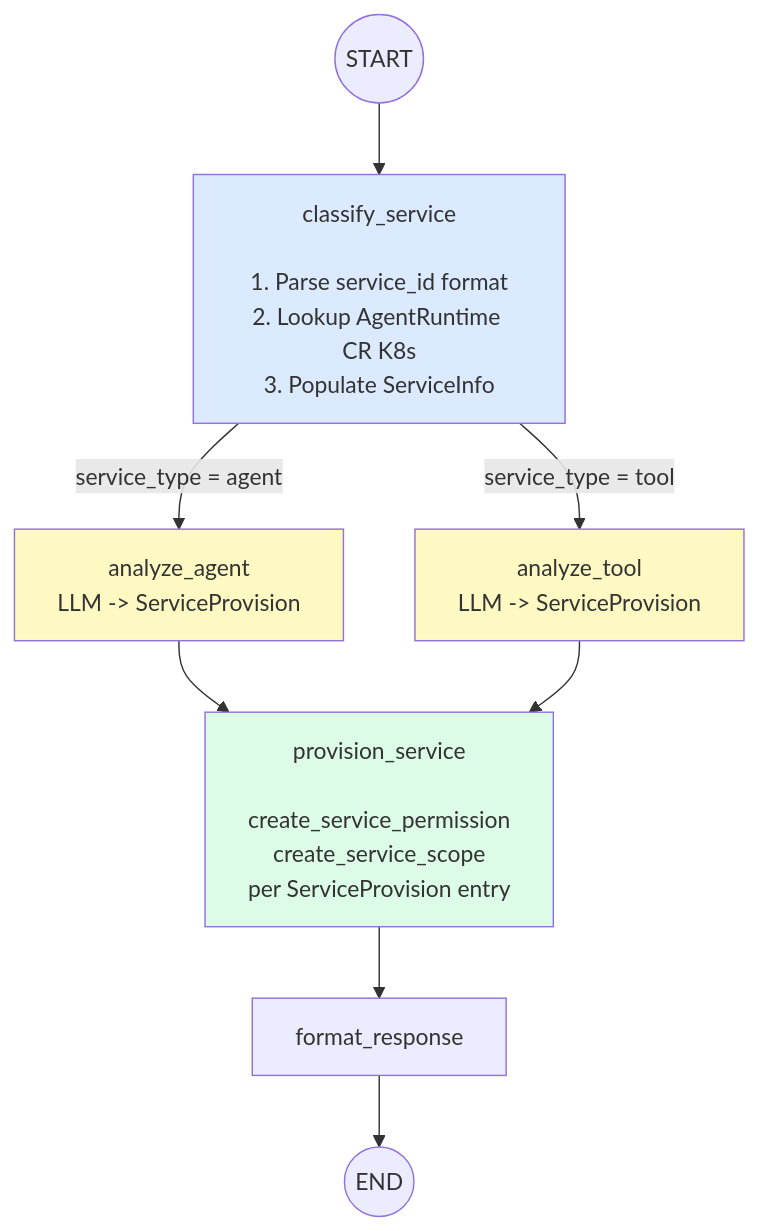
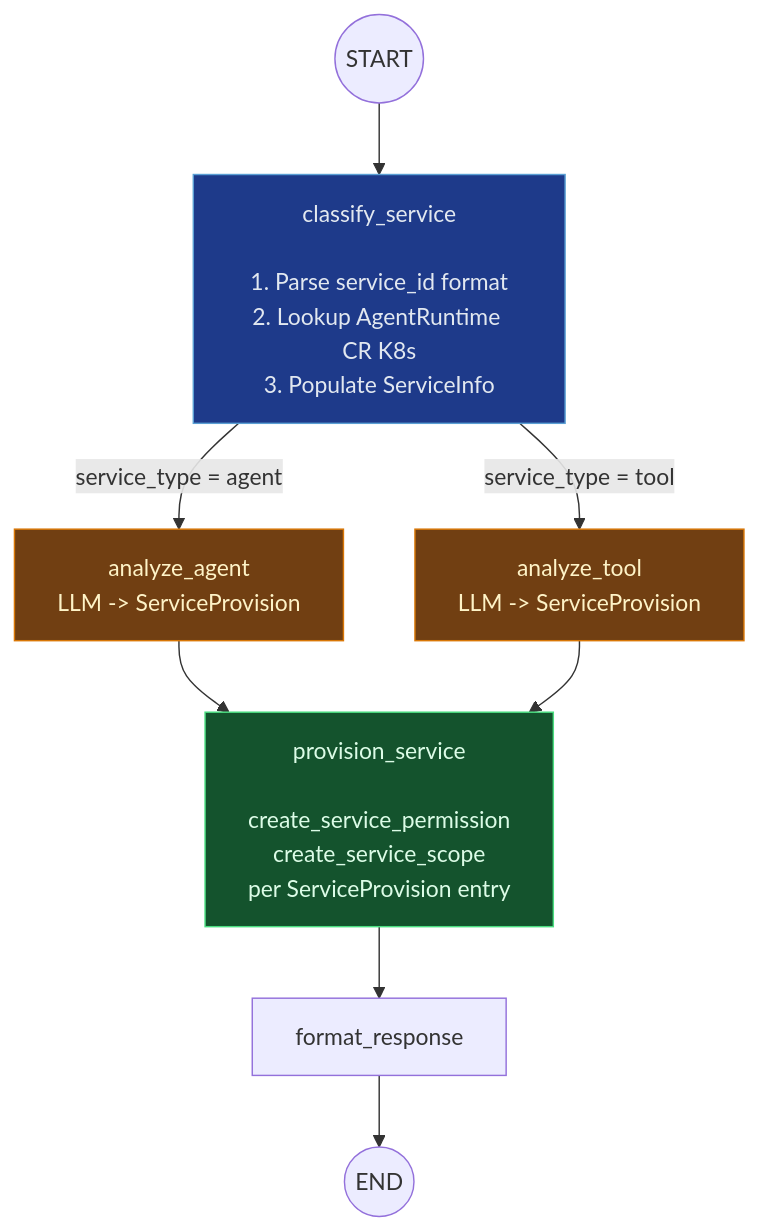
One commit to rossoctl/aiac changed the second of 3 diagrams in inception/requirements/components/aiac-agent/uc1-service-onboarding.md. Above: the diagram before and after it, drawn with Mermaid. The commit also changed other lines of this file and 4 other files, not shown here.

First line of the commit message:
docs: fix Mermaid node colors for dark theme readability

````diff
--- a/inception/requirements/components/aiac-agent/uc1-service-onboarding.md
+++ b/inception/requirements/components/aiac-agent/uc1-service-onboarding.md
@@ -98,18 +68,18 @@
 ```mermaid
 flowchart TD
     START(("START")) --> CLASSIFY["classify_service\n\n1. Parse service_id format\n2. Lookup AgentRuntime CR K8s\n3. Populate ServiceInfo"]
 
     CLASSIFY -->|"service_type = agent"| ANALYZE_AGENT["analyze_agent\nLLM -> ServiceProvision"]
     CLASSIFY -->|"service_type = tool"| ANALYZE_TOOL["analyze_tool\nLLM -> ServiceProvision"]
 
     ANALYZE_AGENT --> PROVISION["provision_service\n\ncreate_service_permission\ncreate_service_scope\nper ServiceProvision entry"]
     ANALYZE_TOOL --> PROVISION
 
     PROVISION --> FORMAT["format_response"]
     FORMAT --> END(("END"))
 
-    style CLASSIFY fill:#dbeafe
-    style ANALYZE_AGENT fill:#fef9c3
-    style ANALYZE_TOOL fill:#fef9c3
-    style PROVISION fill:#dcfce7
+    style CLASSIFY fill:#1e3a8a,color:#e2e8f0,stroke:#5a9fd4
+    style ANALYZE_AGENT fill:#713f12,color:#fef3c7,stroke:#d97706
+    style ANALYZE_TOOL fill:#713f12,color:#fef3c7,stroke:#d97706
+    style PROVISION fill:#14532d,color:#dcfce7,stroke:#4ade80
 ```
````
